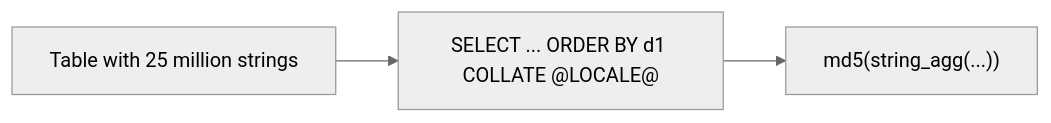
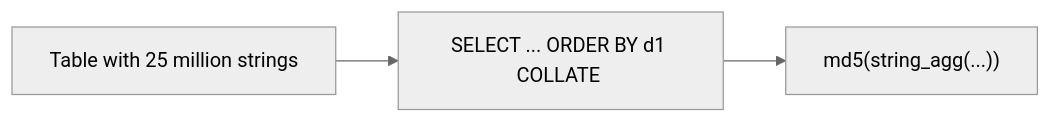
Before and after one commit to ardentperf/glibc-unicode-sorting: the diagram in README.md, drawn with Mermaid (neutral theme).

Commit message:
Use locale placeholder in Mermaid flow

````diff
--- a/README.md
+++ b/README.md
@@ -4,5 +4,5 @@
 ```mermaid
 flowchart LR
-    A["Table with 25 million strings"] --> B["SELECT ... ORDER BY d1 COLLATE @LOCALE@"]
+    A["Table with 25 million strings"] --> B["SELECT ... ORDER BY d1 COLLATE <locale>"]
     B --> C["md5(string_agg(...))"]
 ```
````
